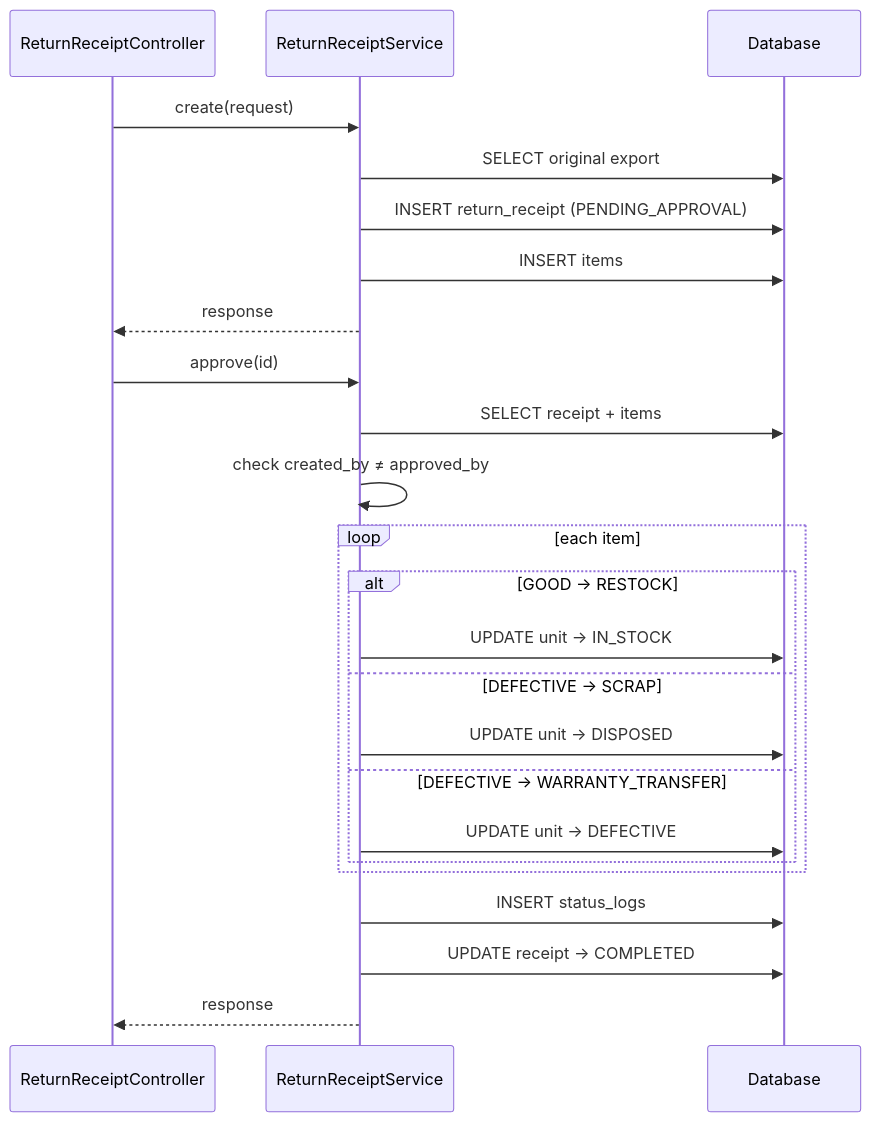
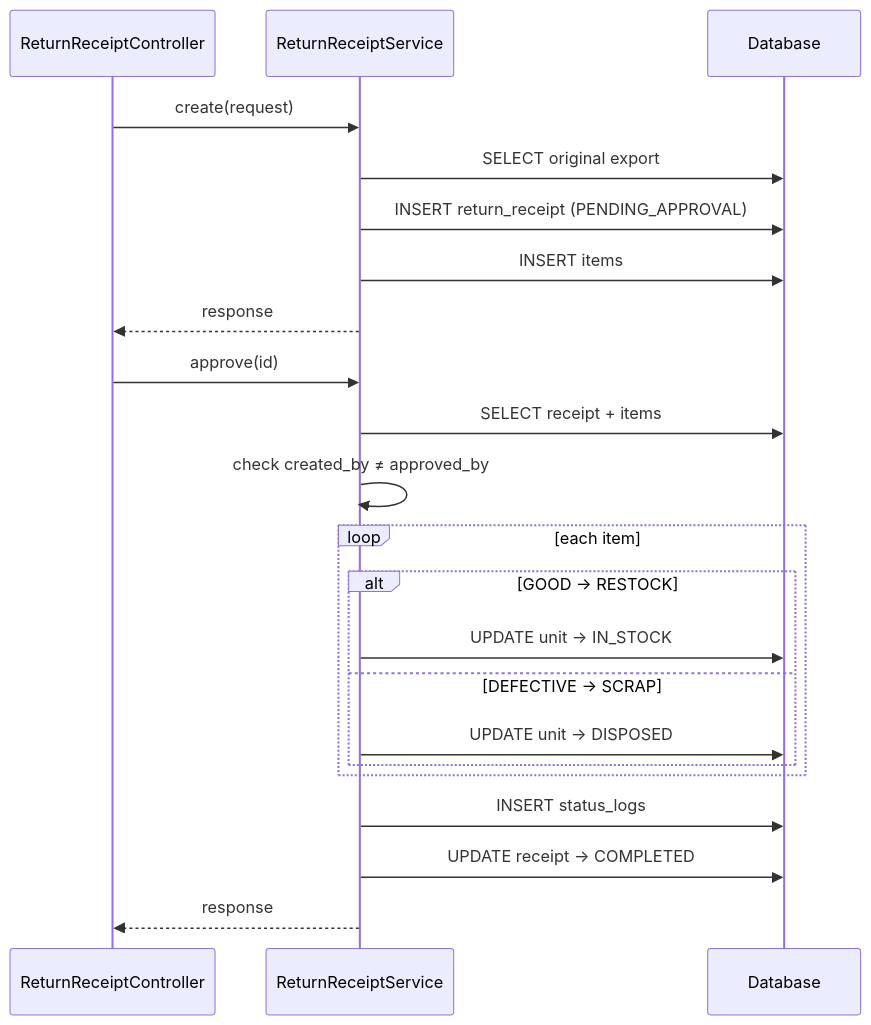
One commit to Java-Inventory-Management-System/Projects changed the second of 3 diagrams in docs/flows/return-flow.md. Above: the diagram before and after it, drawn with Mermaid. The commit also changed other lines of this file and 19 other files, not shown here.

First line of the commit message:
docs: remove warranty module, add export reject/fulfill/getUnits flow

````diff
--- a/docs/flows/return-flow.md
+++ b/docs/flows/return-flow.md
@@ -40,28 +39,26 @@
 ```mermaid
 sequenceDiagram
     participant C as ReturnReceiptController
     participant S as ReturnReceiptService
     participant DB as Database
 
     C->>S: create(request)
     S->>DB: SELECT original export
     S->>DB: INSERT return_receipt (PENDING_APPROVAL)
     S->>DB: INSERT items
     S-->>C: response
 
     C->>S: approve(id)
     S->>DB: SELECT receipt + items
     S->>S: check created_by ≠ approved_by
     loop each item
         alt GOOD → RESTOCK
             S->>DB: UPDATE unit → IN_STOCK
         else DEFECTIVE → SCRAP
             S->>DB: UPDATE unit → DISPOSED
-        else DEFECTIVE → WARRANTY_TRANSFER
-            S->>DB: UPDATE unit → DEFECTIVE
         end
     end
     S->>DB: INSERT status_logs
     S->>DB: UPDATE receipt → COMPLETED
     S-->>C: response
 ```
````
